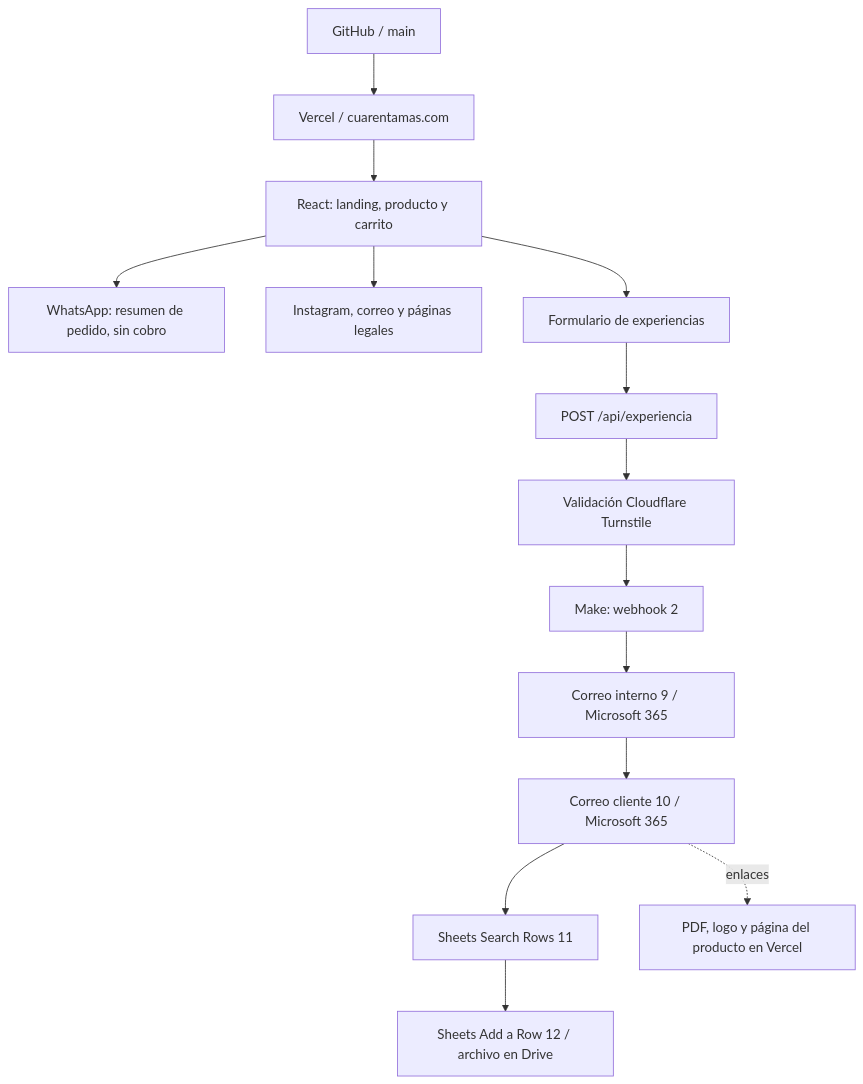
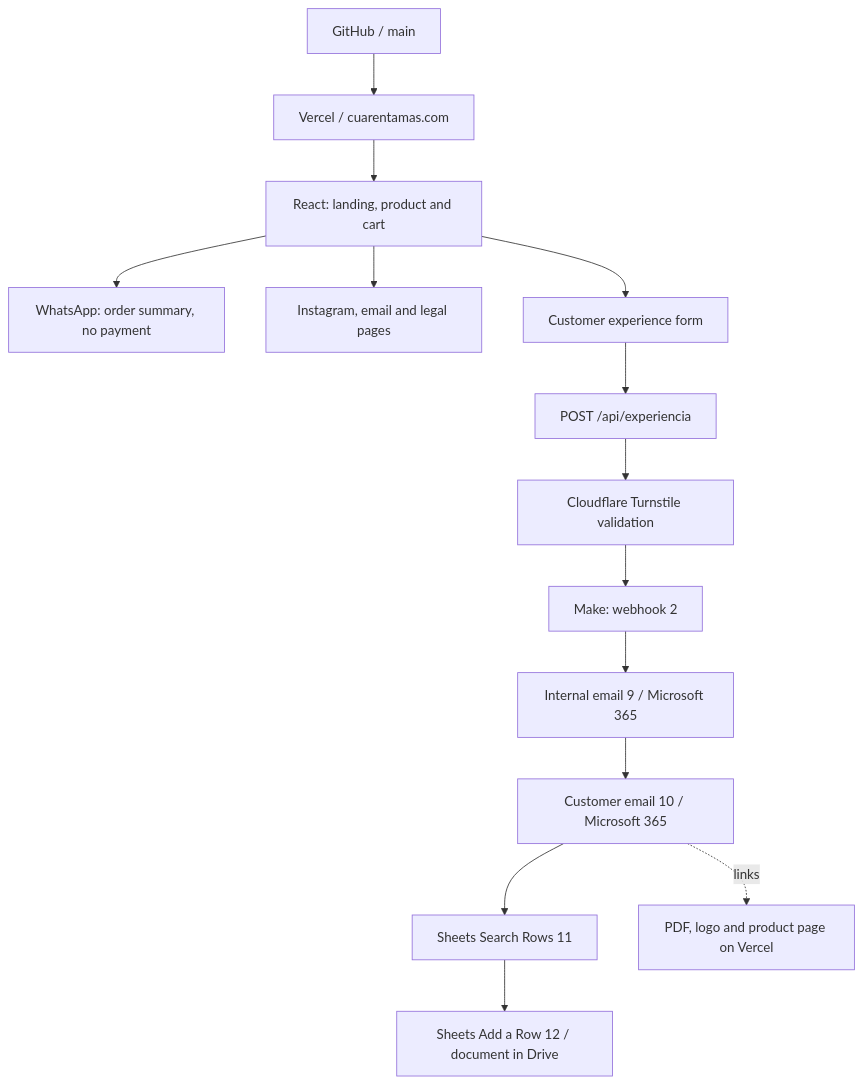
Before and after one commit to diegofrancoe/cuarentamas-commerce: the diagram in README.md, drawn with Mermaid. The commit also changed other lines of this file and 4 other files, not shown here.

````diff
--- a/README.md
+++ b/README.md
@@ -48,16 +66,16 @@
 ```mermaid
 flowchart TD
     G[GitHub / main] --> V[Vercel / cuarentamas.com]
-    V --> W[React: landing, producto y carrito]
-    W --> WA[WhatsApp: resumen de pedido, sin cobro]
-    W --> S[Instagram, correo y páginas legales]
-    W --> F[Formulario de experiencias]
+    V --> W[React: landing, product and cart]
+    W --> WA[WhatsApp: order summary, no payment]
+    W --> S[Instagram, email and legal pages]
+    W --> F[Customer experience form]
     F --> A[POST /api/experiencia]
-    A --> T[Validación Cloudflare Turnstile]
+    A --> T[Cloudflare Turnstile validation]
     T --> M[Make: webhook 2]
-    M --> I[Correo interno 9 / Microsoft 365]
-    I --> C[Correo cliente 10 / Microsoft 365]
+    M --> I[Internal email 9 / Microsoft 365]
+    I --> C[Customer email 10 / Microsoft 365]
     C --> Q[Sheets Search Rows 11]
-    Q --> R[Sheets Add a Row 12 / archivo en Drive]
-    C -. enlaces .-> P[PDF, logo y página del producto en Vercel]
+    Q --> R[Sheets Add a Row 12 / document in Drive]
+    C -. links .-> P[PDF, logo and product page on Vercel]
 ```
````
